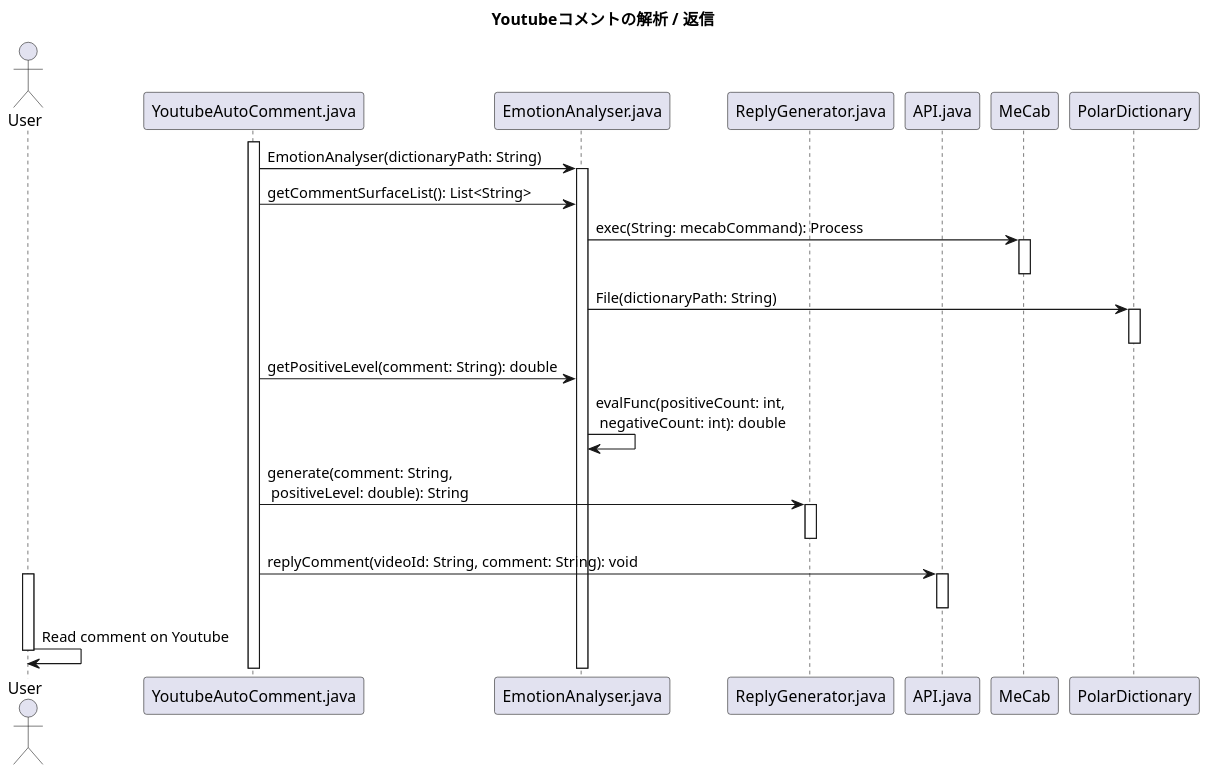
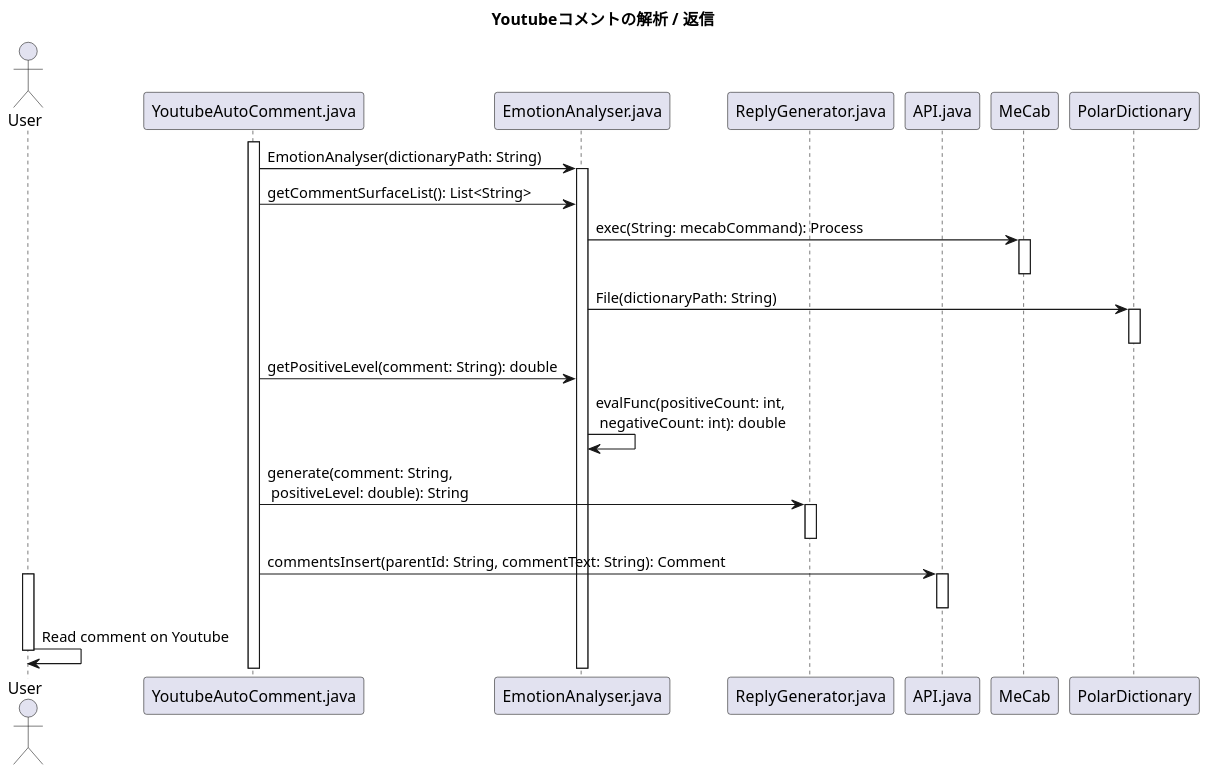
The diagram in uml/YoutubeAutoComment_SequenceDiagram_CommentAnalyser.pu (KataokaNagi/YoutubeAutoComment), drawn with PlantUML before and after one commit. The commit also changed other lines of this file, not shown here.

Commit message:
シーケンス図（解析）：replyComment() -> commentsInsert()

```diff
--- a/uml/YoutubeAutoComment_SequenceDiagram_CommentAnalyser.pu
+++ b/uml/YoutubeAutoComment_SequenceDiagram_CommentAnalyser.pu
@@ -13,65 +14,65 @@
 @startuml out/SequenceDiagram_CommentAnalyser.png
 scale 1.5
 skinparam DefaultFontName メイリオ
 ' 可視性の変更
 skinparam classAttributeIconSize 0
 
 ''''''''''''''''''''''''''''''''''''''''''''''''''
 
 title
 **Youtubeコメントの解析 / 返信**
 end title
 
 ''''''''''''''''''''''''''''''''''''''''''''''''''''''''''''''''''''''''''''''''
 
 actor User
 participant YoutubeAutoComment.java
 participant EmotionAnalyser.java
 participant ReplyGenerator.java
 participant API.java
 participant MeCab
 participant PolarDictionary
 
 ''''''''''''''''''''''''''''''''''''''''''''''''''''''''''''''''''''''''''''''''
 activate YoutubeAutoComment.java
 YoutubeAutoComment.java -> EmotionAnalyser.java: EmotionAnalyser(dictionaryPath: String)
 activate EmotionAnalyser.java
 
 ''''''''''''''''''''''''''''''''''''''''''''''''''
 
 YoutubeAutoComment.java -> EmotionAnalyser.java: getCommentSurfaceList(): List<String> 
 EmotionAnalyser.java -> MeCab: exec(String: mecabCommand): Process
 activate MeCab
 deactivate MeCab
 
 ''''''''''''''''''''''''''''''''''''''''''''''''''
 
 EmotionAnalyser.java -> PolarDictionary: File(dictionaryPath: String)
 activate PolarDictionary
 deactivate PolarDictionary
 
 ''''''''''''''''''''''''''''''''''''''''''''''''''
 
 YoutubeAutoComment.java -> EmotionAnalyser.java: getPositiveLevel(comment: String): double
 EmotionAnalyser.java -> EmotionAnalyser.java: evalFunc(positiveCount: int,\n negativeCount: int): double
 
 ''''''''''''''''''''''''''''''''''''''''''''''''''
 
 YoutubeAutoComment.java -> ReplyGenerator.java: generate(comment: String,\n positiveLevel: double): String
 activate ReplyGenerator.java
 deactivate ReplyGenerator.java
 
 ''''''''''''''''''''''''''''''''''''''''''''''''''
 
 ' でっちあげコメント
-YoutubeAutoComment.java -> API.java: replyComment(videoId: String, comment: String): void
+YoutubeAutoComment.java -> API.java:  commentsInsert(parentId: String, commentText: String): Comment
 activate API.java
 deactivate API.java
 
 ''''''''''''''''''''''''''''''''''''''''''''''''''
 
 activate User
 User -> User: Read comment on Youtube
 deactivate User
 
 @enduml
```
